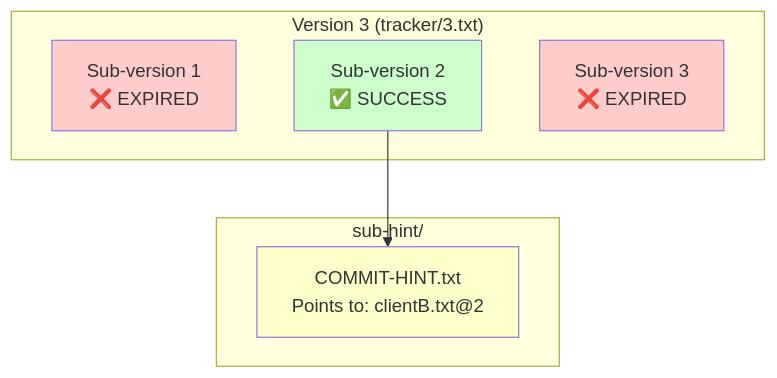
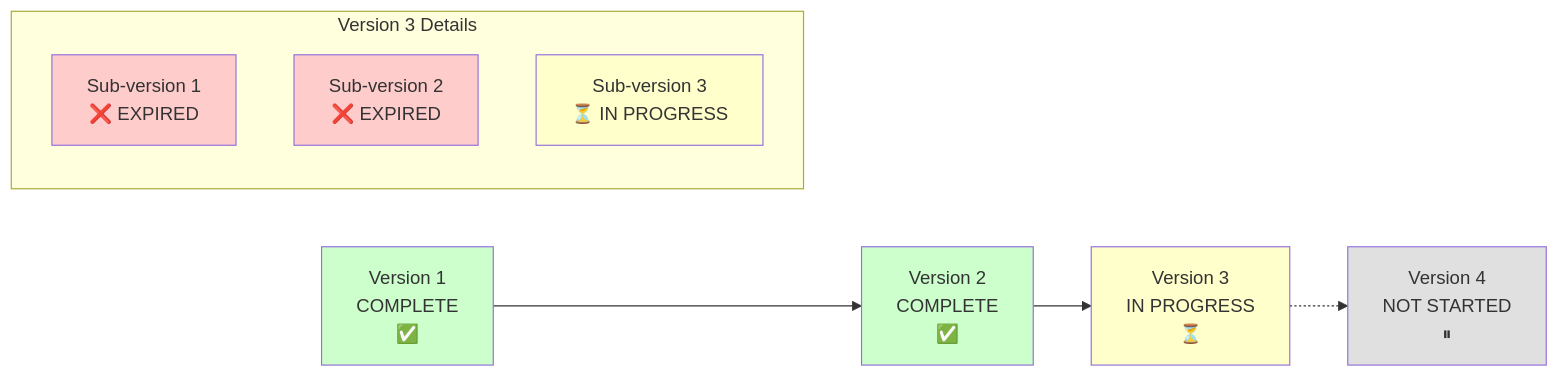
One commit to BsoBird/filesystem-catalog-original changed the third of 3 diagrams in FileTrackerCommitStrategyV2-Explained.md. Above: the diagram before and after it, drawn with Mermaid. The commit also changed other lines of this file, not shown here.

````diff
--- a/FileTrackerCommitStrategyV2-Explained.md
+++ b/FileTrackerCommitStrategyV2-Explained.md
@@ -203,19 +233,20 @@
 ```mermaid
-graph TB
-    subgraph Version3["Version 3 (tracker/3.txt)"]
+graph LR
+    V1["Version 1<br/>COMPLETE<br/>✅"] --> V2["Version 2<br/>COMPLETE<br/>✅"]
+    V2 --> V3["Version 3<br/>IN PROGRESS<br/>⏳"]
+    V3 -.-> V4["Version 4<br/>NOT STARTED<br/>⏸"]
+
+    subgraph V3_Detail["Version 3 Details"]
         SV1["Sub-version 1<br/>❌ EXPIRED"]
-        SV2["Sub-version 2<br/>✅ SUCCESS"]
-        SV3["Sub-version 3<br/>❌ EXPIRED"]
+        SV2["Sub-version 2<br/>❌ EXPIRED"]
+        SV3["Sub-version 3<br/>⏳ IN PROGRESS"]
     end
 
-    subgraph Hint["sub-hint/"]
-        CH["COMMIT-HINT.txt<br/>Points to: clientB.txt@2"]
-    end
-
-    SV2 --> CH
-
+    style V1 fill:#ccffcc
+    style V2 fill:#ccffcc
+    style V3 fill:#ffffcc
+    style V4 fill:#e0e0e0
     style SV1 fill:#ffcccc
-    style SV2 fill:#ccffcc
-    style SV3 fill:#ffcccc
-    style CH fill:#ffffcc
+    style SV2 fill:#ffcccc
+    style SV3 fill:#ffffcc
 ```
````
